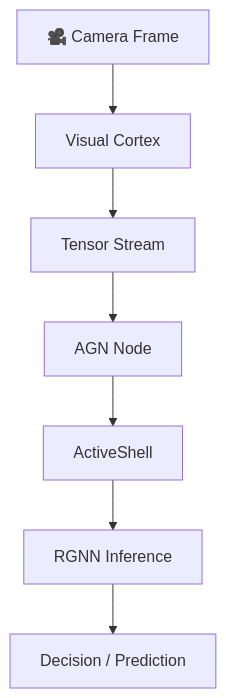
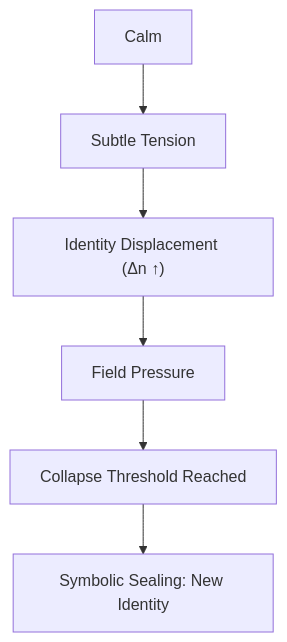
Before and after one commit to Singularity-node0/ActiveGraphNetworks: the seventh of 9 diagrams in README.md, drawn with Mermaid. The commit also changed other lines of this file and 39 other files, not shown here.

````diff
--- a/README.md
+++ b/README.md
@@ -398,9 +328,8 @@
 ```mermaid
 graph TD
-    Input["🎥 Camera Frame"] --> Cortex["Visual Cortex"]
-    Cortex --> Tensor["Tensor Stream"]
-    Tensor --> AGN["AGN Node"]
-    AGN --> Query["ActiveShell"]
-    Query --> RGNN["RGNN Inference"]
-    RGNN --> Action["Decision / Prediction"]
+    Calm["Calm"] --> Subtle["Subtle Tension"]
+    Subtle --> Conflict["Identity Displacement (Δn ↑)"]
+    Conflict --> Stress["Field Pressure"]
+    Stress --> CollapsePoint["Collapse Threshold Reached"]
+    CollapsePoint --> NewState["Symbolic Sealing: New Identity"]
 ```
````
